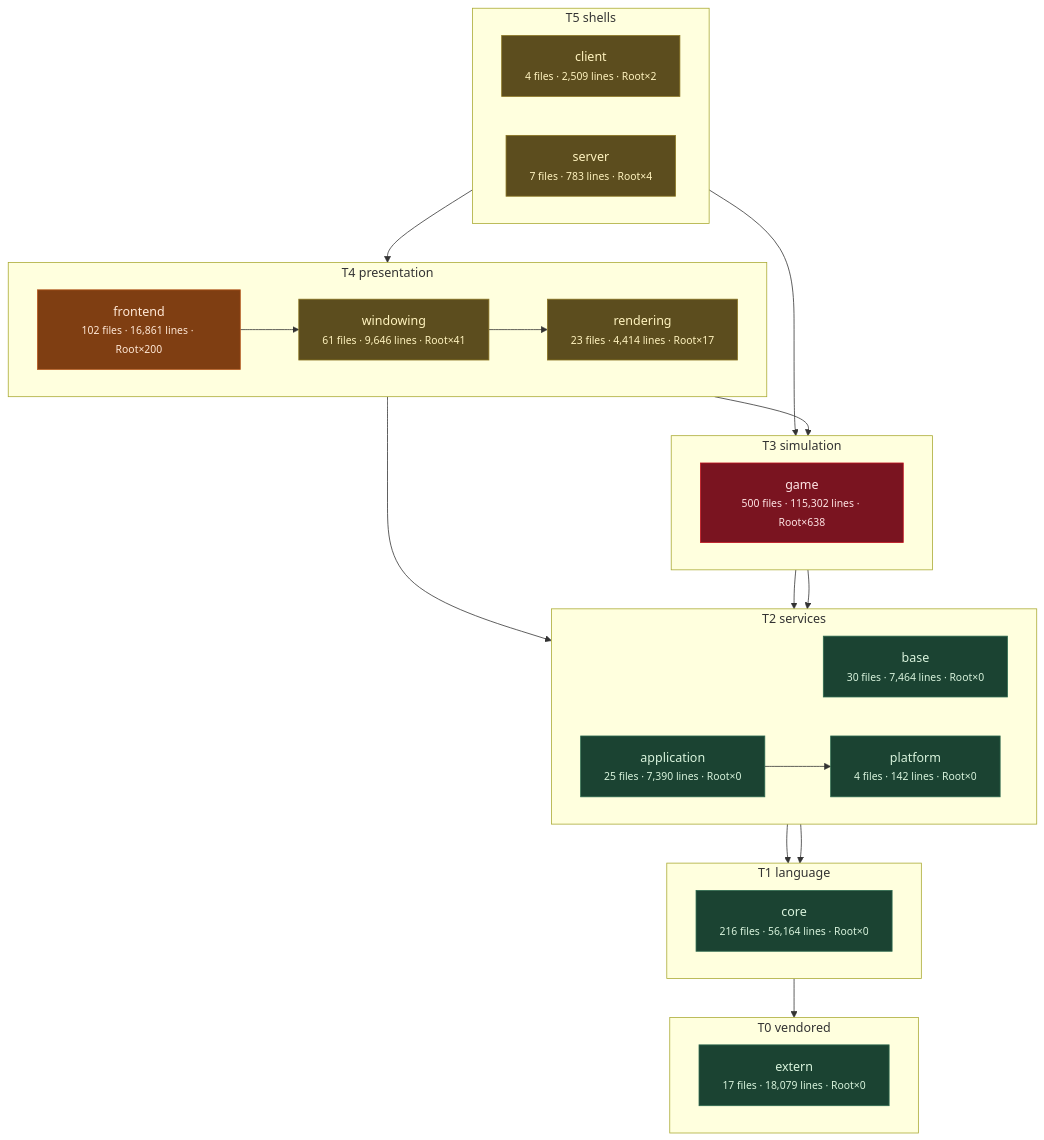
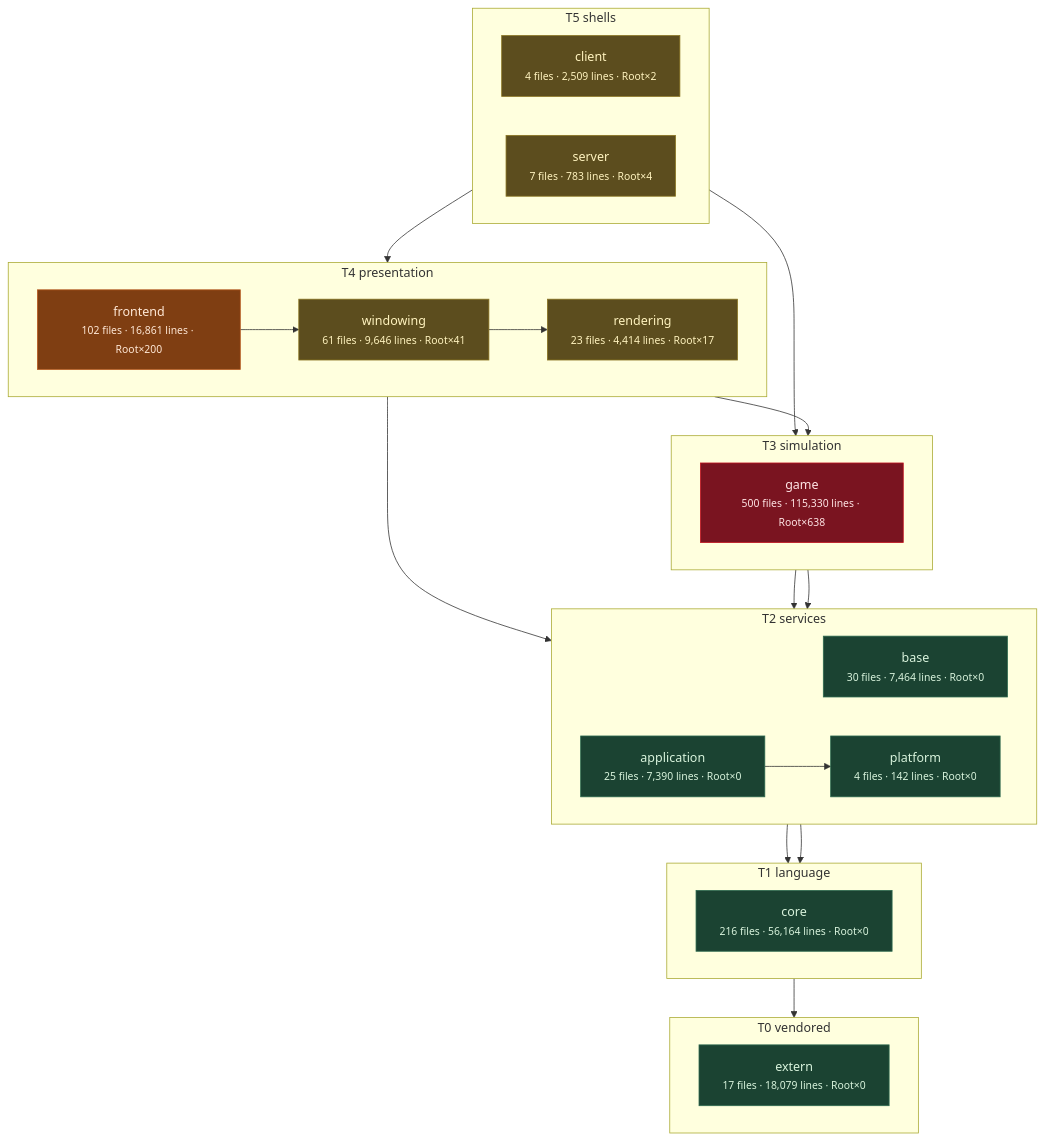
One commit to apnex/OpenStarbound changed the third of 11 diagrams in docs/architecture/system-boundaries.md. Above: the diagram before and after it, drawn with Mermaid. The commit also changed other lines of this file and 2 other files, not shown here.

````diff
--- a/docs/architecture/system-boundaries.md
+++ b/docs/architecture/system-boundaries.md
@@ -270,52 +270,52 @@
 ```mermaid
 flowchart TD
   subgraph T0["T0 vendored"]
     direction LR
     extern["extern<br/><small>17 files · 18,079 lines · Root×0</small>"]
   end
   subgraph T1["T1 language"]
     direction LR
     core["core<br/><small>216 files · 56,164 lines · Root×0</small>"]
   end
   subgraph T2["T2 services"]
     direction LR
     base["base<br/><small>30 files · 7,464 lines · Root×0</small>"]
     platform["platform<br/><small>4 files · 142 lines · Root×0</small>"]
     application["application<br/><small>25 files · 7,390 lines · Root×0</small>"]
   end
   subgraph T3["T3 simulation"]
     direction LR
-    game["game<br/><small>500 files · 115,302 lines · Root×638</small>"]
+    game["game<br/><small>500 files · 115,330 lines · Root×638</small>"]
   end
   subgraph T4["T4 presentation"]
     direction LR
     rendering["rendering<br/><small>23 files · 4,414 lines · Root×17</small>"]
     windowing["windowing<br/><small>61 files · 9,646 lines · Root×41</small>"]
     frontend["frontend<br/><small>102 files · 16,861 lines · Root×200</small>"]
   end
   subgraph T5["T5 shells"]
     direction LR
     client["client<br/><small>4 files · 2,509 lines · Root×2</small>"]
     server["server<br/><small>7 files · 783 lines · Root×4</small>"]
   end
   core --> extern
   base --> core
   platform --> core
   application --> platform
   game --> base
   game --> platform
   rendering --> application
   rendering --> game
   windowing --> rendering
   frontend --> windowing
   client --> frontend
   server --> game
   classDef clean fill:#1b4332,stroke:#2d6a4f,color:#d8f3dc
   classDef warm  fill:#5c4d1e,stroke:#8a7420,color:#fff3bf
   classDef hot   fill:#7f3e12,stroke:#b5561b,color:#ffe8d6
   classDef blaze fill:#7a1420,stroke:#c1121f,color:#ffe5e5
   class extern,core,base,platform,application clean
   class rendering,windowing,client,server warm
   class frontend hot
   class game blaze
 ```
````
